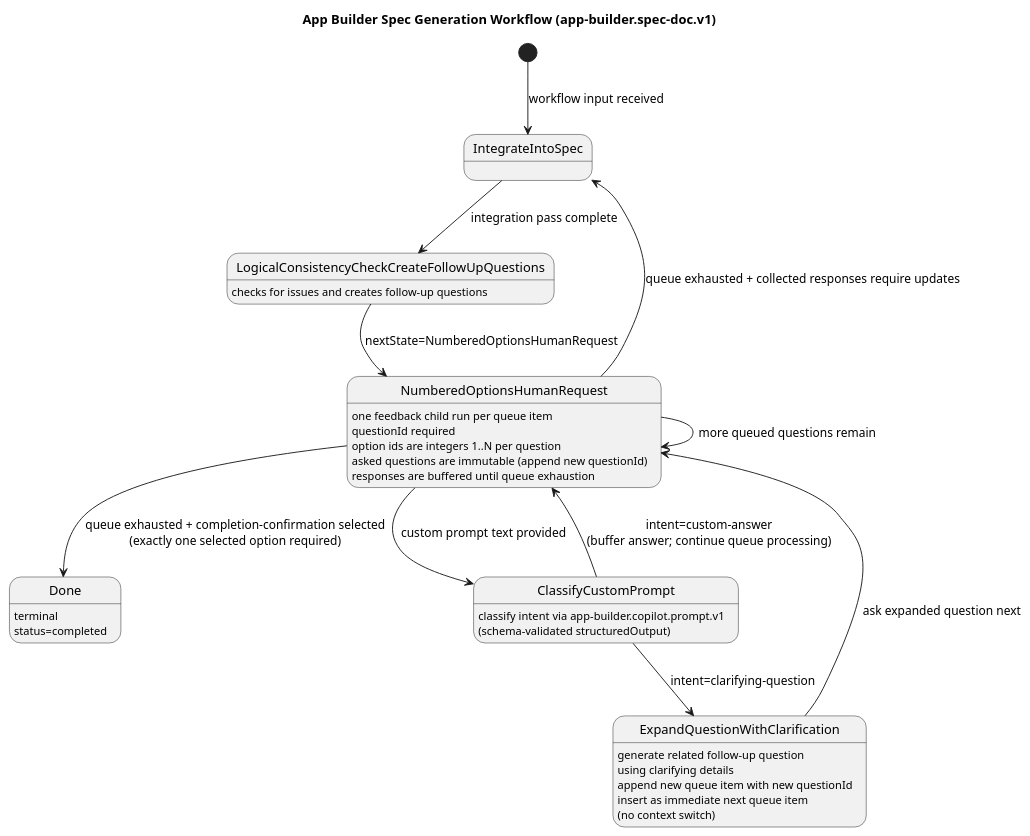
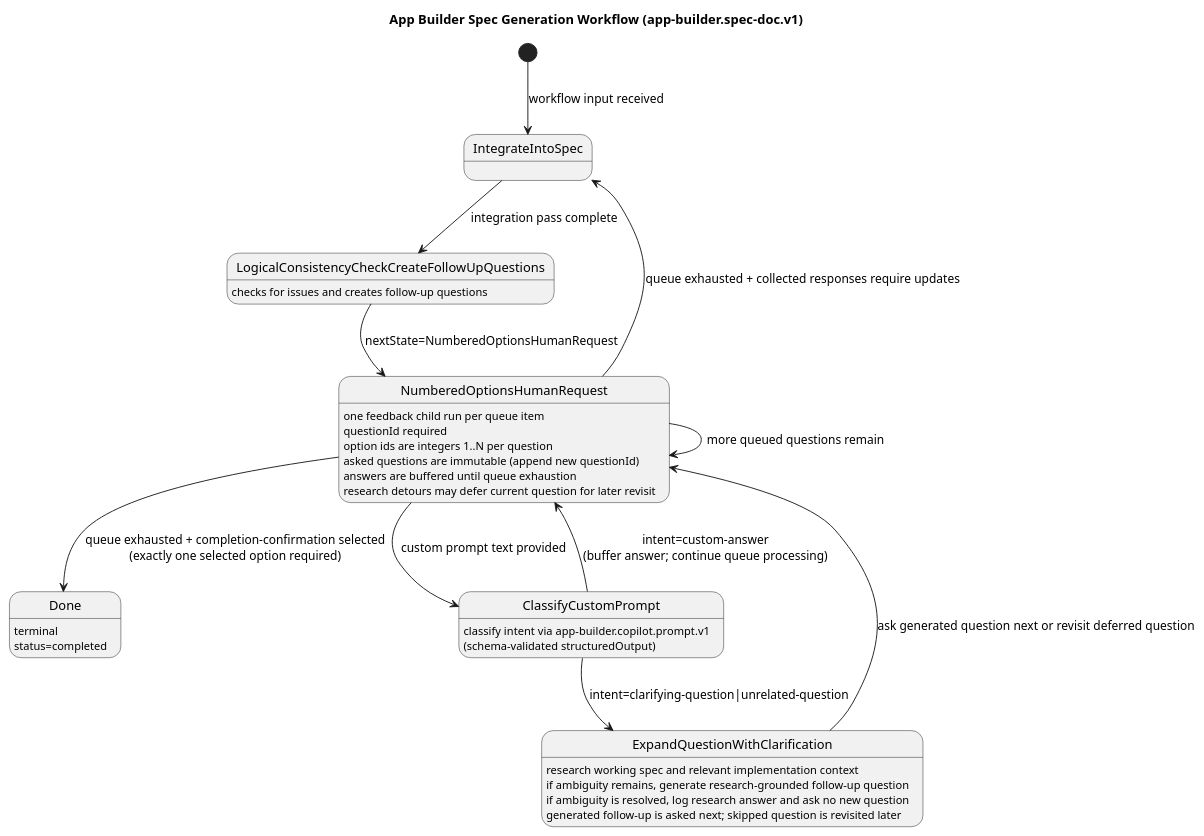
Before and after one commit to huntj88/ComposableWorkflow: the diagram in packages/workflow-app-builder/docs/spec-doc-generation-workflow.md, drawn with PlantUML. The commit also changed other lines of this file and 25 other files, not shown here.

Commit message:
feat: align spec-doc clarification research flow

````diff
--- a/packages/workflow-app-builder/docs/spec-doc-generation-workflow.md
+++ b/packages/workflow-app-builder/docs/spec-doc-generation-workflow.md
@@ -77,37 +77,39 @@
 ```plantuml
 @startuml
 title App Builder Spec Generation Workflow (app-builder.spec-doc.v1)
 
 [*] --> IntegrateIntoSpec : workflow input received
 IntegrateIntoSpec --> LogicalConsistencyCheckCreateFollowUpQuestions : integration pass complete
 
 LogicalConsistencyCheckCreateFollowUpQuestions : checks for issues and creates follow-up questions
 LogicalConsistencyCheckCreateFollowUpQuestions --> NumberedOptionsHumanRequest : nextState=NumberedOptionsHumanRequest
 
 NumberedOptionsHumanRequest : one feedback child run per queue item
 NumberedOptionsHumanRequest : questionId required
 NumberedOptionsHumanRequest : option ids are integers 1..N per question
 NumberedOptionsHumanRequest : asked questions are immutable (append new questionId)
-NumberedOptionsHumanRequest : responses are buffered until queue exhaustion
+NumberedOptionsHumanRequest : answers are buffered until queue exhaustion
+NumberedOptionsHumanRequest : research detours may defer current question for later revisit
 
 NumberedOptionsHumanRequest --> NumberedOptionsHumanRequest : more queued questions remain
 NumberedOptionsHumanRequest --> Done : queue exhausted + completion-confirmation selected\n(exactly one selected option required)
 NumberedOptionsHumanRequest --> IntegrateIntoSpec : queue exhausted + collected responses require updates
 NumberedOptionsHumanRequest --> ClassifyCustomPrompt : custom prompt text provided
 
 state ClassifyCustomPrompt
 ClassifyCustomPrompt : classify intent via app-builder.copilot.prompt.v1\n(schema-validated structuredOutput)
 
-ClassifyCustomPrompt --> ExpandQuestionWithClarification : intent=clarifying-question
+ClassifyCustomPrompt --> ExpandQuestionWithClarification : intent=clarifying-question|unrelated-question
 ClassifyCustomPrompt --> NumberedOptionsHumanRequest : intent=custom-answer\n(buffer answer; continue queue processing)
 
 state ExpandQuestionWithClarification
-ExpandQuestionWithClarification : generate related follow-up question\nusing clarifying details
-ExpandQuestionWithClarification : append new queue item with new questionId
-ExpandQuestionWithClarification : insert as immediate next queue item\n(no context switch)
+ExpandQuestionWithClarification : research working spec and relevant implementation context
+ExpandQuestionWithClarification : if ambiguity remains, generate research-grounded follow-up question
+ExpandQuestionWithClarification : if ambiguity is resolved, log research answer and ask no new question
+ExpandQuestionWithClarification : generated follow-up is asked next; skipped question is revisited later
 
-ExpandQuestionWithClarification --> NumberedOptionsHumanRequest : ask expanded question next
+ExpandQuestionWithClarification --> NumberedOptionsHumanRequest : ask generated question next or revisit deferred question
 
 Done : terminal\nstatus=completed
 @enduml
 ```
````
